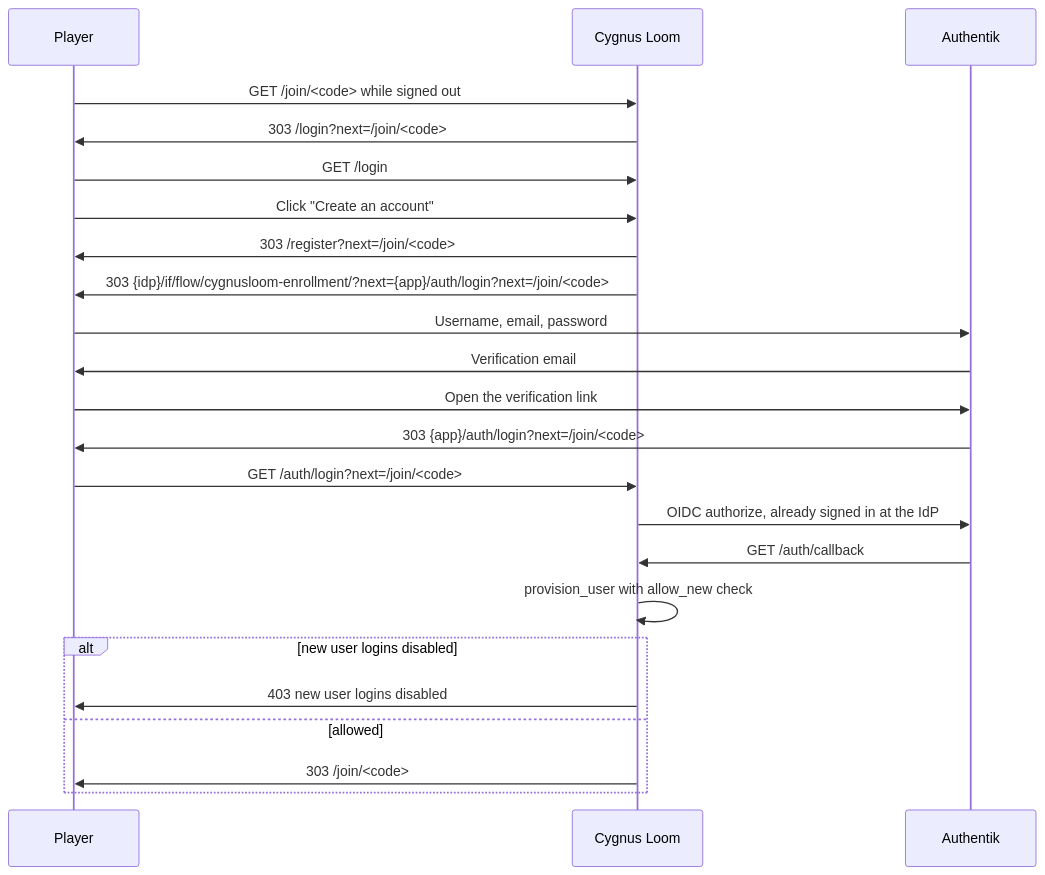
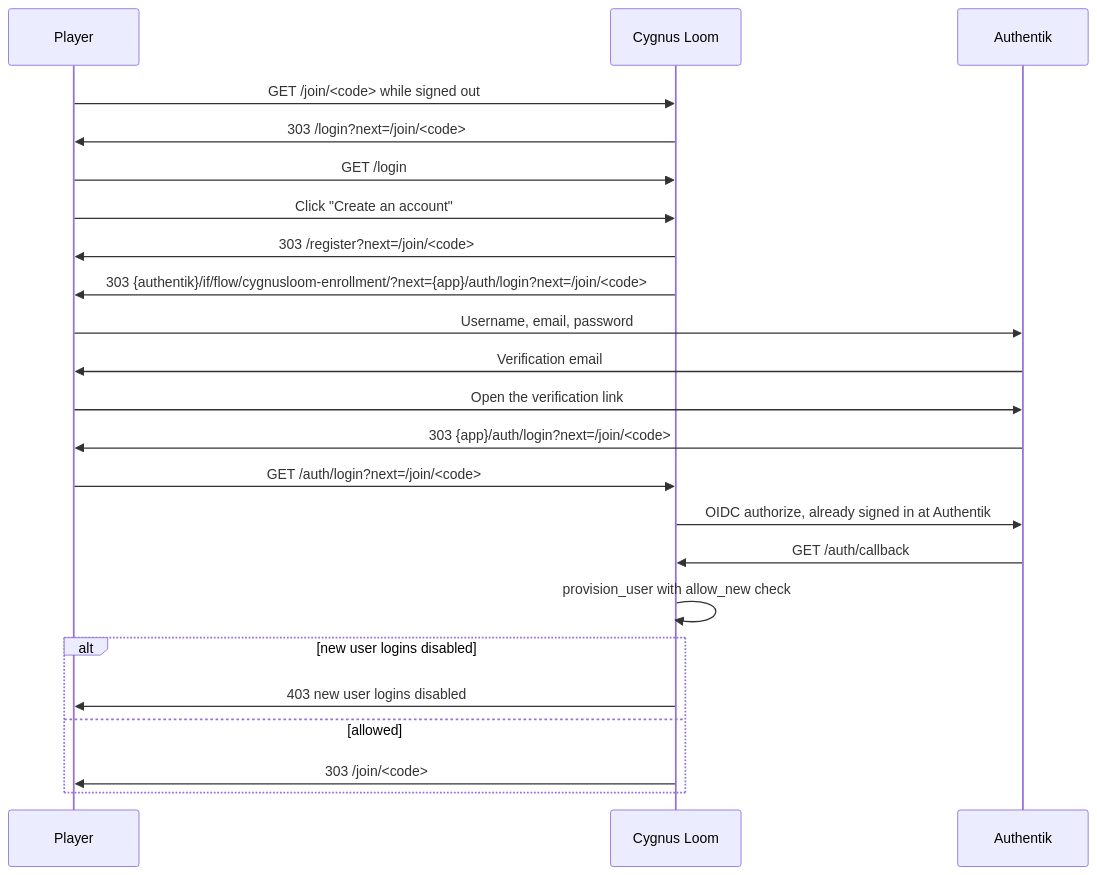
The diagram in docs/REGISTRATION_PLAN.md (cygnusloom/cygnusloom), drawn with Mermaid before and after one commit. The commit also changed other lines of this file, not shown here.

Commit message:
Enhance player registration plan with open and invite-only enrollment flows, update documentation for Authentik integration, and clarify new user login settings.

````diff
--- a/docs/REGISTRATION_PLAN.md
+++ b/docs/REGISTRATION_PLAN.md
@@ -111,26 +130,26 @@
 ```mermaid
 sequenceDiagram
     participant P as Player
     participant A as Cygnus Loom
     participant I as Authentik
 
     P->>A: GET /join/<code> while signed out
     A->>P: 303 /login?next=/join/<code>
     P->>A: GET /login
     P->>A: Click "Create an account"
     A->>P: 303 /register?next=/join/<code>
-    A->>P: 303 {idp}/if/flow/cygnusloom-enrollment/?next={app}/auth/login?next=/join/<code>
+    A->>P: 303 {authentik}/if/flow/cygnusloom-enrollment/?next={app}/auth/login?next=/join/<code>
     P->>I: Username, email, password
     I->>P: Verification email
     P->>I: Open the verification link
     I->>P: 303 {app}/auth/login?next=/join/<code>
     P->>A: GET /auth/login?next=/join/<code>
-    A->>I: OIDC authorize, already signed in at the IdP
+    A->>I: OIDC authorize, already signed in at Authentik
     I->>A: GET /auth/callback
     A->>A: provision_user with allow_new check
     alt new user logins disabled
         A->>P: 403 new user logins disabled
     else allowed
         A->>P: 303 /join/<code>
     end
 ```
````
